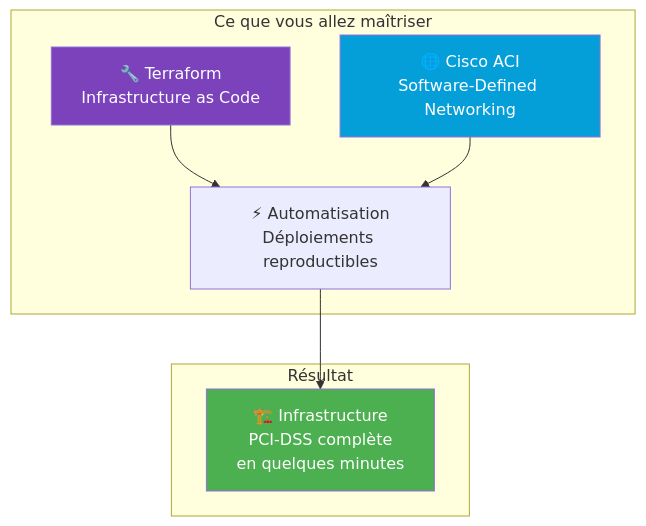
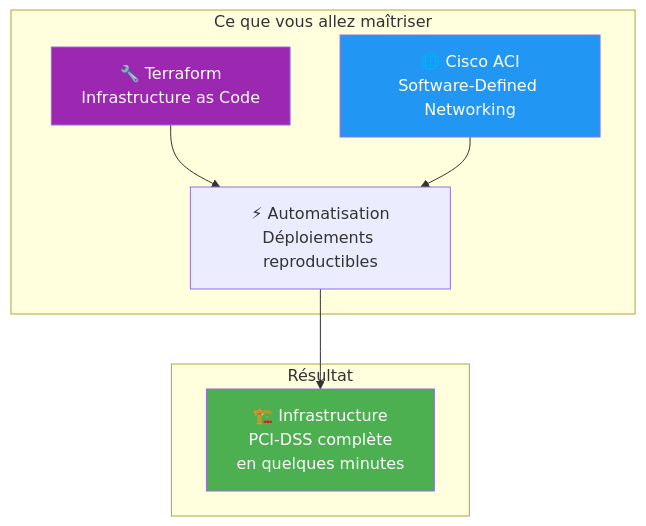
One commit to VBlackJack/ShellBook changed the first of 5 diagrams in docs/formations/terraform-aci/index.md. Above: the diagram before and after it, drawn with Mermaid. The commit also changed other lines of this file and 337 other files, not shown here.

First line of the commit message:
refactor(docs): Standardize code blocks and Mermaid colors

````diff
--- a/docs/formations/terraform-aci/index.md
+++ b/docs/formations/terraform-aci/index.md
@@ -20,21 +20,21 @@
 ```mermaid
 graph TB
     subgraph "Ce que vous allez maîtriser"
         TF["🔧 Terraform<br/>Infrastructure as Code"]
         ACI["🌐 Cisco ACI<br/>Software-Defined Networking"]
         AUTO["⚡ Automatisation<br/>Déploiements reproductibles"]
     end
 
     TF --> AUTO
     ACI --> AUTO
 
     subgraph "Résultat"
         INFRA["🏗️ Infrastructure<br/>PCI-DSS complète<br/>en quelques minutes"]
     end
 
     AUTO --> INFRA
 
-    style TF fill:#7b42bc,color:#fff
-    style ACI fill:#049fd9,color:#fff
+    style TF fill:#9C27B0,color:#fff
+    style ACI fill:#2196F3,color:#fff
     style INFRA fill:#4caf50,color:#fff
 ```
````
